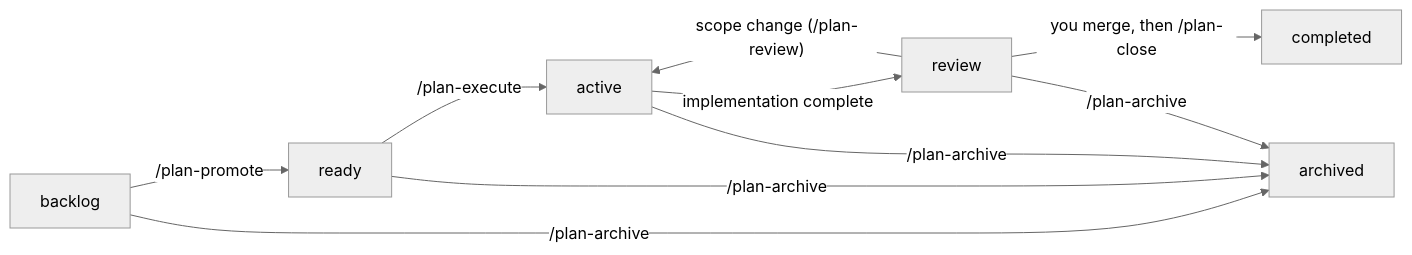
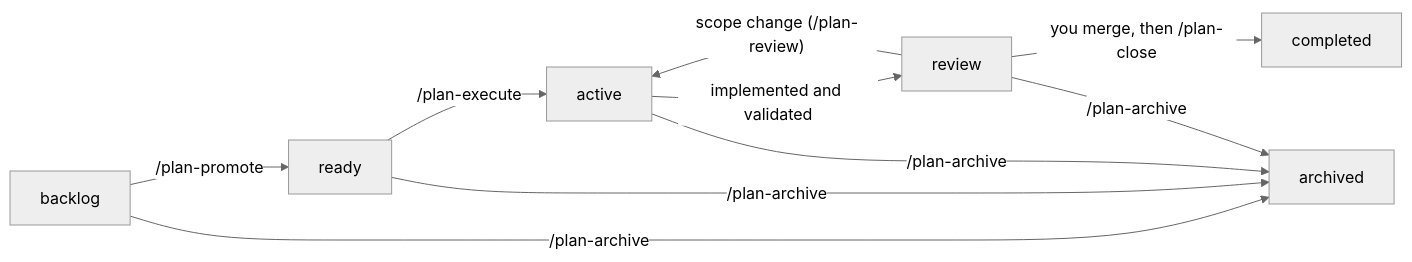
One commit to kirinmurphy/roborepo-alpha changed the diagram in docs/user/guides/plan/lifecycle/plan-suite.md. Above: the diagram before and after it, drawn with Mermaid (neutral theme). The commit also changed other lines of this file and 26 other files, not shown here.

````diff
--- a/docs/user/guides/plan/lifecycle/plan-suite.md
+++ b/docs/user/guides/plan/lifecycle/plan-suite.md
@@ -39,9 +39,9 @@
 ```mermaid
 flowchart LR
   B["backlog"] -->|"/plan-promote"| R["ready"]
   R -->|"/plan-execute"| A["active"]
-  A -->|"implementation complete"| V["review"]
+  A -->|"implemented and validated"| V["review"]
   V -->|"scope change (/plan-review)"| A
   V -->|"you merge, then /plan-close"| C["completed"]
   B & R & A & V -->|"/plan-archive"| X["archived"]
 ```
````
